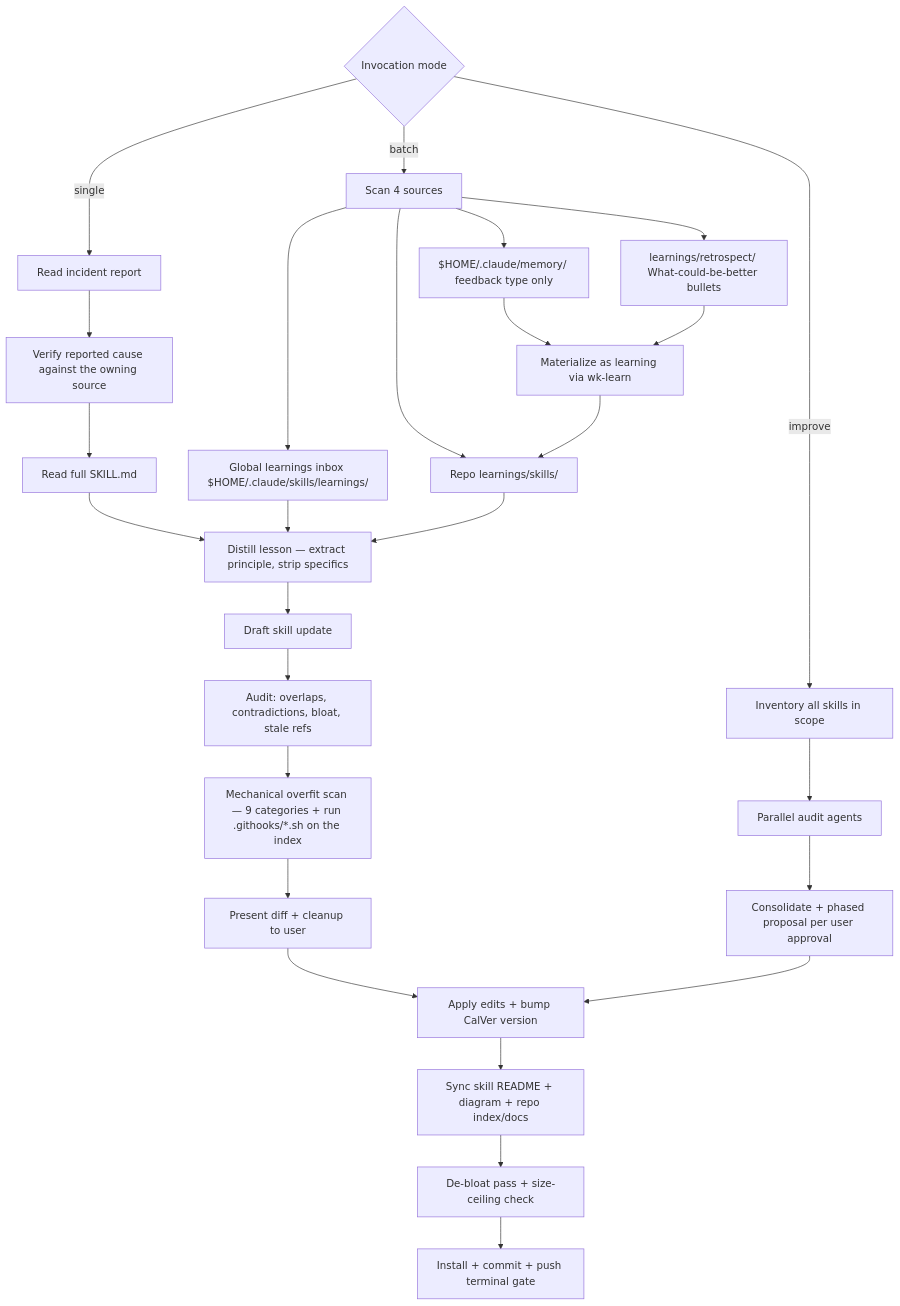
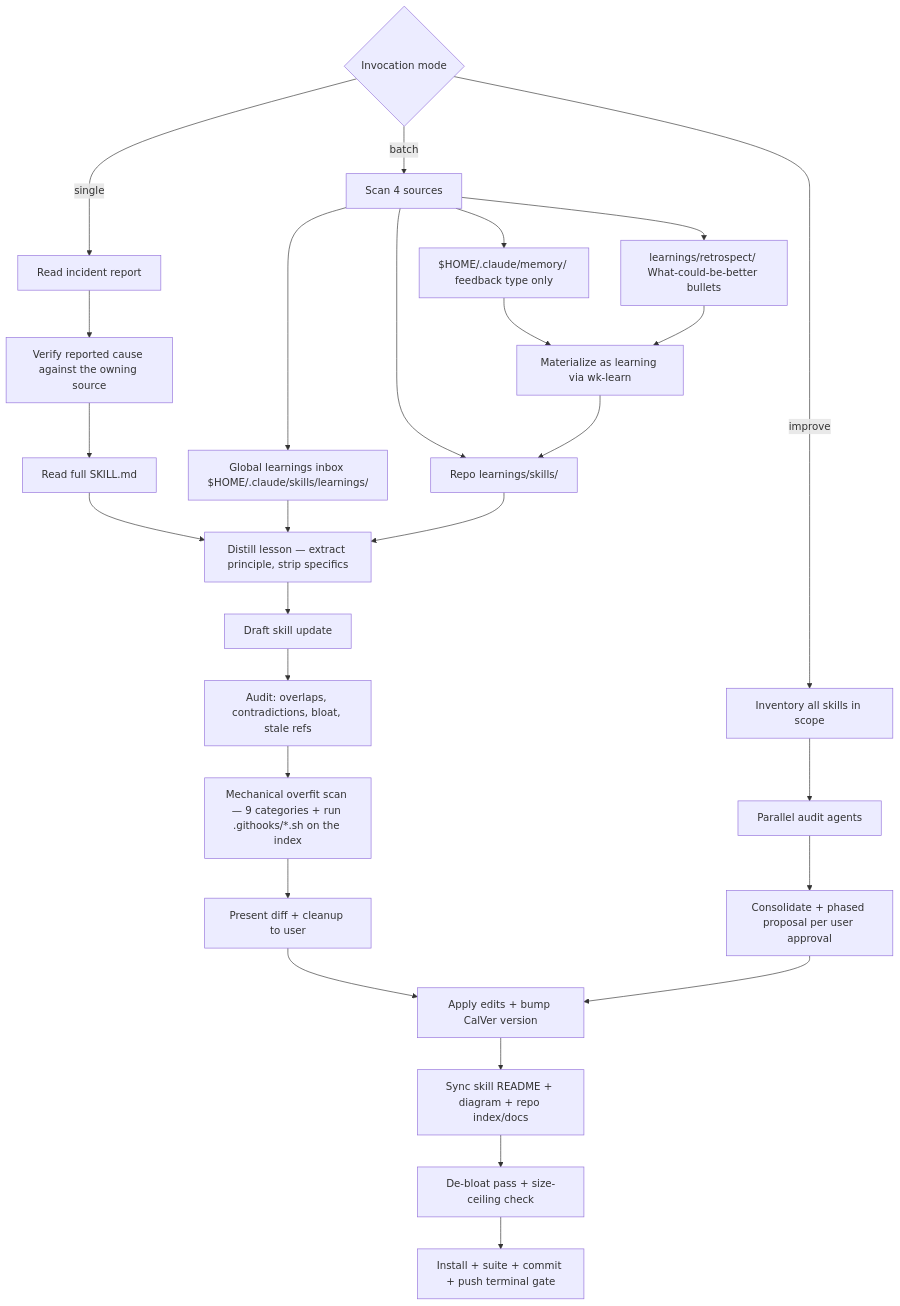
One commit to whizzzkid/skills changed the diagram in skills/sharpen/README.md. Above: the diagram before and after it, drawn with Mermaid. The commit also changed other lines of this file and 4 other files, not shown here.

````diff
--- a/skills/sharpen/README.md
+++ b/skills/sharpen/README.md
@@ -16,28 +16,28 @@
 ```mermaid
 flowchart TD
     A{Invocation mode} -->|single| B[Read incident report]
     A -->|batch| G[Scan 4 sources]
     A -->|improve| K[Inventory all skills in scope]
     B --> B2[Verify reported cause against the owning source]
     B2 --> C[Read full SKILL.md]
     C --> D[Distill lesson — extract principle, strip specifics]
     D --> E[Draft skill update]
     E --> F[Audit: overlaps, contradictions, bloat, stale refs]
     F --> F2[Mechanical overfit scan — 9 categories + run .githooks/*.sh on the index]
     F2 --> P[Present diff + cleanup to user]
     P --> Q[Apply edits + bump CalVer version]
     Q --> Q2[Sync skill README + diagram + repo index/docs]
     Q2 --> R[De-bloat pass + size-ceiling check]
-    R --> S[Install + commit + push terminal gate]
+    R --> S["Install + suite + commit + push terminal gate"]
     G --> G1[Global learnings inbox $HOME/.claude/skills/learnings/]
     G --> G2[Repo learnings/skills/]
     G --> G3[$HOME/.claude/memory/ feedback type only]
     G --> G4[learnings/retrospect/ What-could-be-better bullets]
     G3 --> GM[Materialize as learning via wk-learn]
     G4 --> GM
     GM --> G2
     G1 & G2 --> D
     K --> L[Parallel audit agents]
     L --> M[Consolidate + phased proposal per user approval]
     M --> Q
 ```
````
